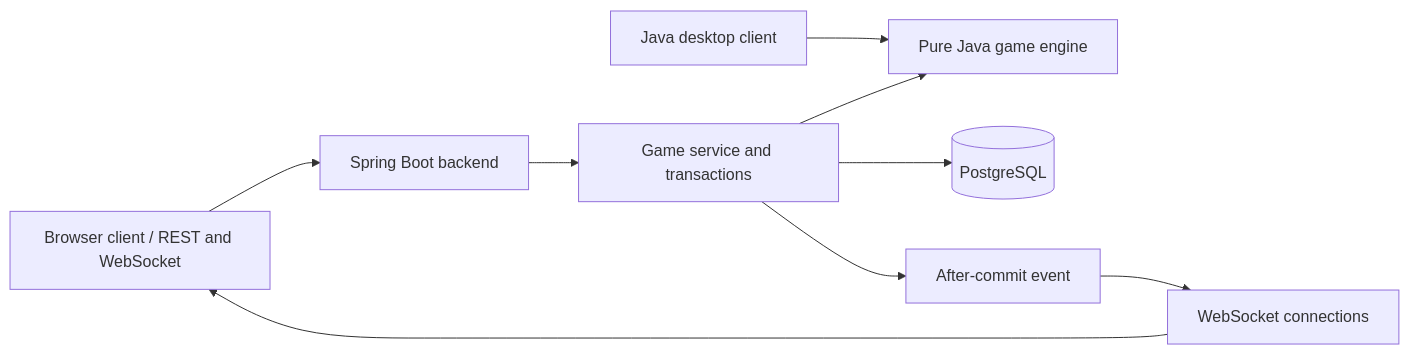
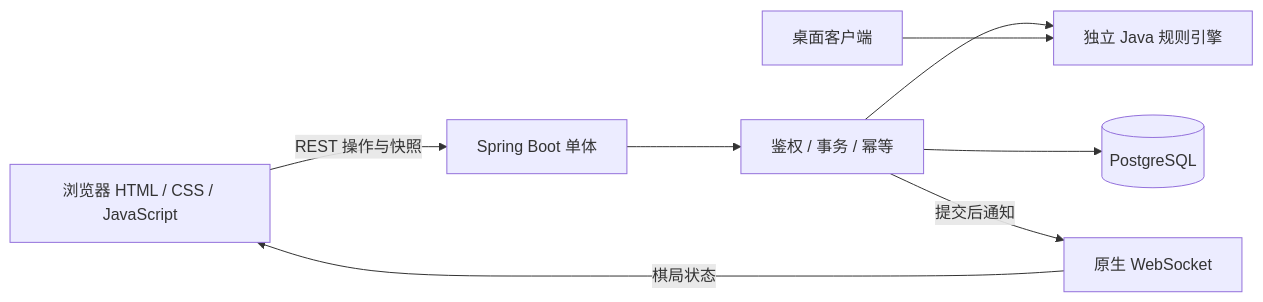
Before and after one commit to hannnz1/nine-mens-morris-java: the diagram in README.md, drawn with Mermaid. The commit also changed other lines of this file, not shown here.

Commit message:
docs: rewrite README with live demo and current architecture

````diff
--- a/README.md
+++ b/README.md
@@ -63,11 +103,10 @@
 ```mermaid
 flowchart LR
-    Desktop[Java desktop client] --> Engine[Pure Java game engine]
-    Client[Browser client / REST and WebSocket] --> API[Spring Boot backend]
-    API --> Service[Game service and transactions]
-    Service --> Engine
+    Browser[浏览器 HTML / CSS / JavaScript] -->|REST 操作与快照| API[Spring Boot 单体]
+    API --> Service[鉴权 / 事务 / 幂等]
+    Service --> Engine[独立 Java 规则引擎]
     Service --> DB[(PostgreSQL)]
-    Service --> Commit[After-commit event]
-    Commit --> WS[WebSocket connections]
-    WS --> Client
+    Service -->|提交后通知| WS[原生 WebSocket]
+    WS -->|棋局状态| Browser
+    Desktop[桌面客户端] --> Engine
 ```
````
